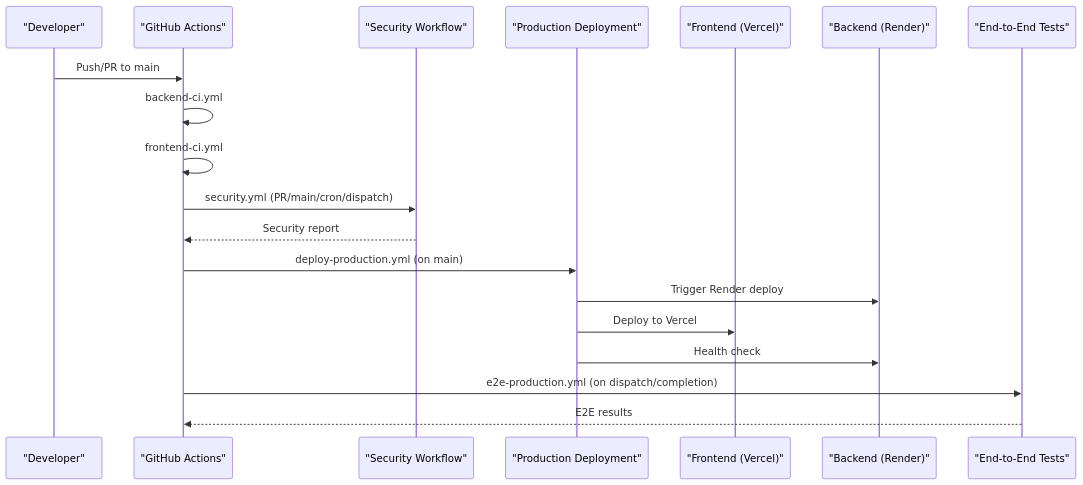
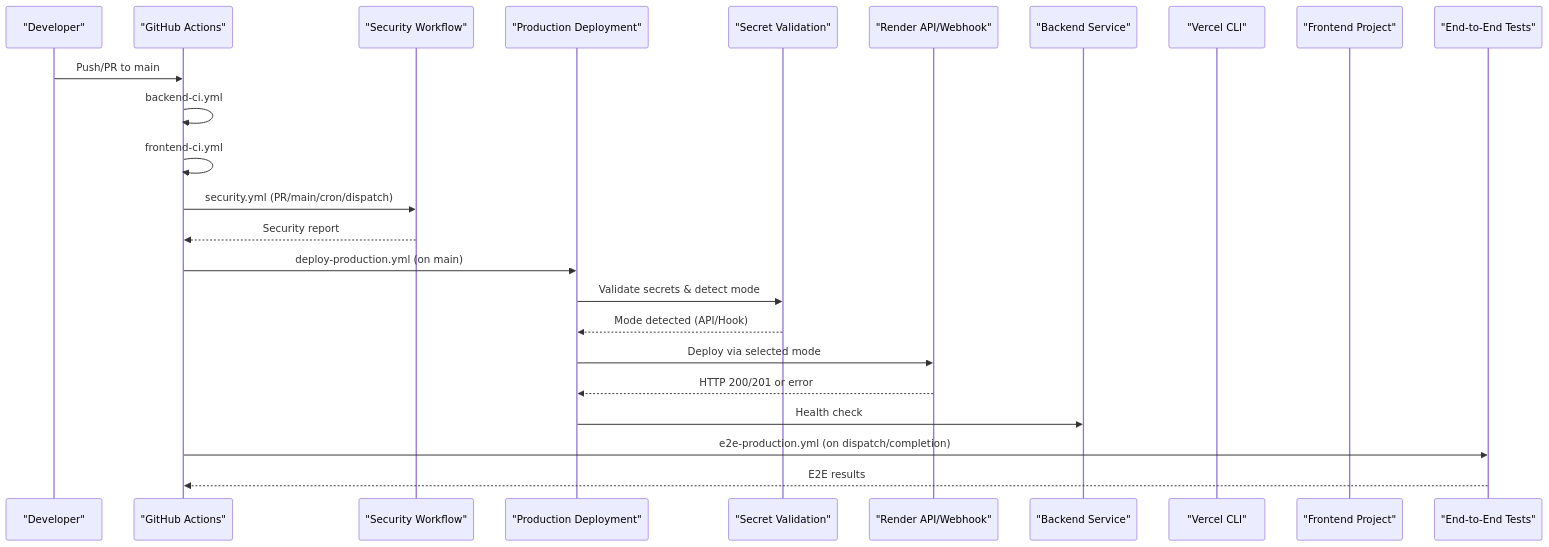
Before and after one commit to rohitkumarnaidu/-Auto-AI-Automated-Academic-Docx-Manuscript-Formatter: the second of 8 diagrams in .qoder/repowiki/en/content/Deployment & Operations/CI_CD Pipeline.md, drawn with Mermaid. The commit also changed other lines of this file and 5 other files, not shown here.

````diff
--- a/.qoder/repowiki/en/content/Deployment & Operations/CI_CD Pipeline.md
+++ b/.qoder/repowiki/en/content/Deployment & Operations/CI_CD Pipeline.md
@@ -125,21 +140,26 @@
 ```mermaid
 sequenceDiagram
 participant Dev as "Developer"
 participant GH as "GitHub Actions"
 participant Sec as "Security Workflow"
 participant Prod as "Production Deployment"
-participant FE as "Frontend (Vercel)"
-participant BE as "Backend (Render)"
+participant Preflight as "Secret Validation"
+participant Render as "Render API/Webhook"
+participant BE as "Backend Service"
+participant Vercel as "Vercel CLI"
+participant FE as "Frontend Project"
 participant E2E as "End-to-End Tests"
 Dev->>GH : Push/PR to main
 GH->>GH : backend-ci.yml
 GH->>GH : frontend-ci.yml
 GH->>Sec : security.yml (PR/main/cron/dispatch)
 Sec-->>GH : Security report
 GH->>Prod : deploy-production.yml (on main)
-Prod->>BE : Trigger Render deploy
-Prod->>FE : Deploy to Vercel
+Prod->>Preflight : Validate secrets & detect mode
+Preflight-->>Prod : Mode detected (API/Hook)
+Prod->>Render : Deploy via selected mode
+Render-->>Prod : HTTP 200/201 or error
 Prod->>BE : Health check
 GH->>E2E : e2e-production.yml (on dispatch/completion)
 E2E-->>GH : E2E results
 ```
````
